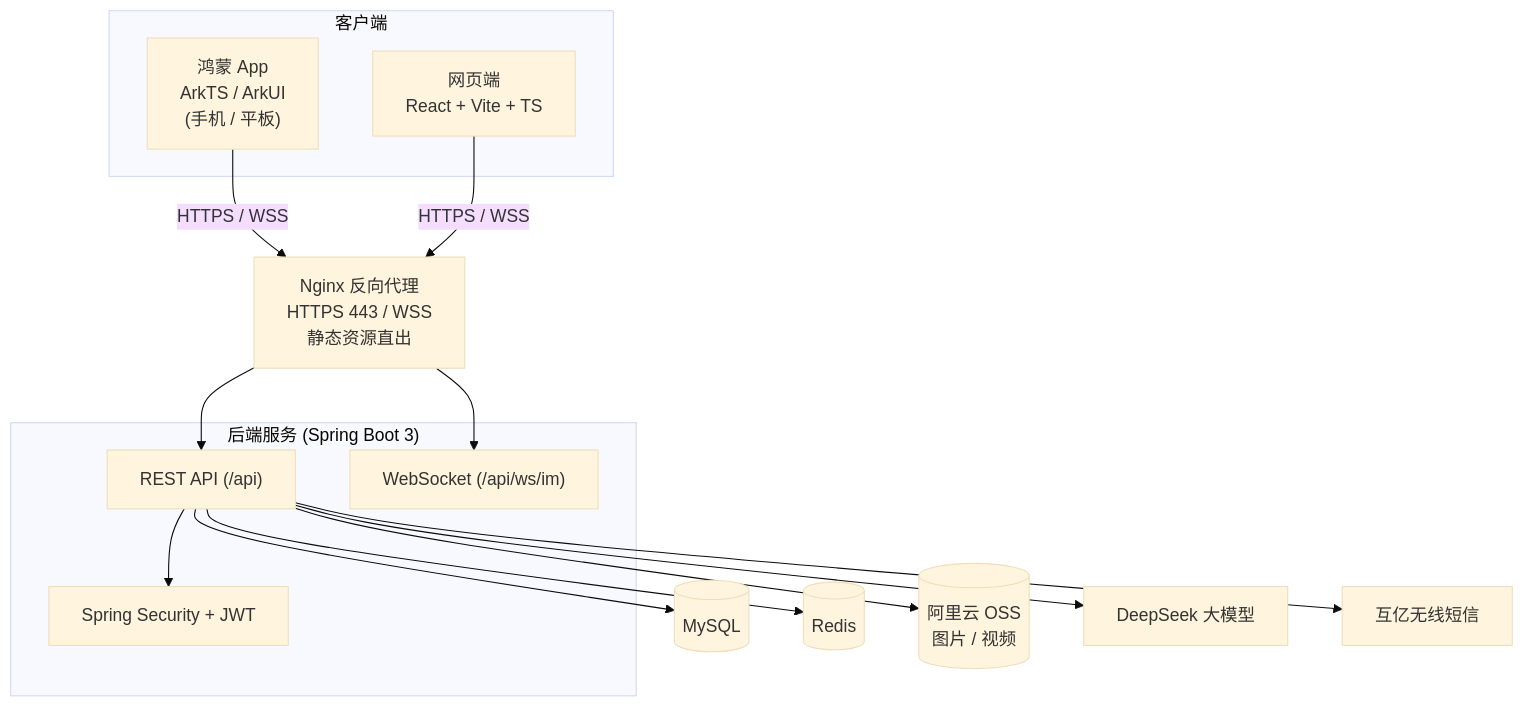
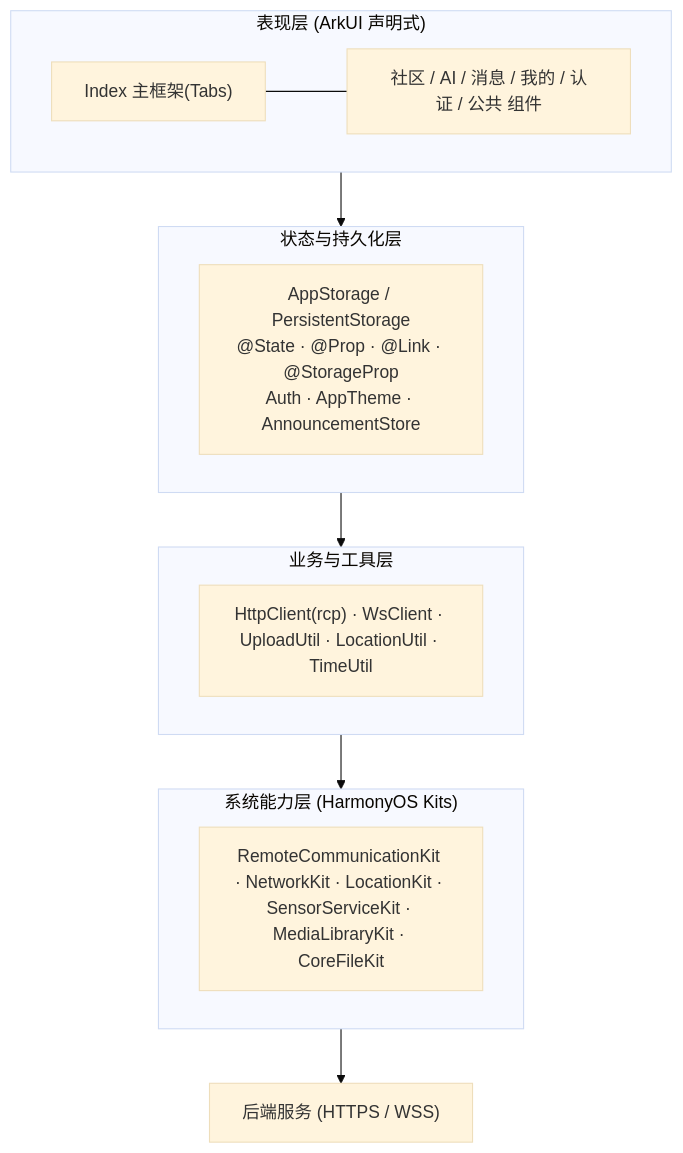
The diagram in README.md (hwx-1/mind-flow), drawn with Mermaid (base theme) before and after one commit. The commit also changed other lines of this file, not shown here.

````diff
--- a/README.md
+++ b/README.md
@@ -54,29 +700,17 @@
 ```mermaid
 flowchart TB
-    subgraph 客户端
-      H["鸿蒙 App<br/>ArkTS / ArkUI<br/>(手机 / 平板)"]
-      W["网页端<br/>React + Vite + TS"]
+    subgraph 表现层["表现层 (ArkUI 声明式)"]
+      P["Index 主框架(Tabs)"] --- V["社区 / AI / 消息 / 我的 / 认证 / 公共 组件"]
     end
-    N["Nginx 反向代理<br/>HTTPS 443 / WSS<br/>静态资源直出"]
-    subgraph 后端["后端服务 (Spring Boot 3)"]
-      API["REST API (/api)"]
-      WS["WebSocket (/api/ws/im)"]
-      SEC["Spring Security + JWT"]
+    subgraph 状态层["状态与持久化层"]
+      ST["AppStorage / PersistentStorage<br/>@State · @Prop · @Link · @StorageProp<br/>Auth · AppTheme · AnnouncementStore"]
     end
-    DB[("MySQL")]
-    RDS[("Redis")]
-    OSS[("阿里云 OSS<br/>图片 / 视频")]
-    AI["DeepSeek 大模型"]
-    SMS["互亿无线短信"]
-
-    H -- "HTTPS / WSS" --> N
-    W -- "HTTPS / WSS" --> N
-    N --> API
-    N --> WS
-    API --> SEC
-    API --> DB
-    API --> RDS
-    API --> OSS
-    API --> AI
-    API --> SMS
+    subgraph 业务层["业务与工具层"]
+      B["HttpClient(rcp) · WsClient · UploadUtil · LocationUtil · TimeUtil"]
+    end
+    subgraph 能力层["系统能力层 (HarmonyOS Kits)"]
+      K["RemoteCommunicationKit · NetworkKit · LocationKit · SensorServiceKit · MediaLibraryKit · CoreFileKit"]
+    end
+    BE["后端服务 (HTTPS / WSS)"]
+    表现层 --> 状态层 --> 业务层 --> 能力层 --> BE
 ```
````
